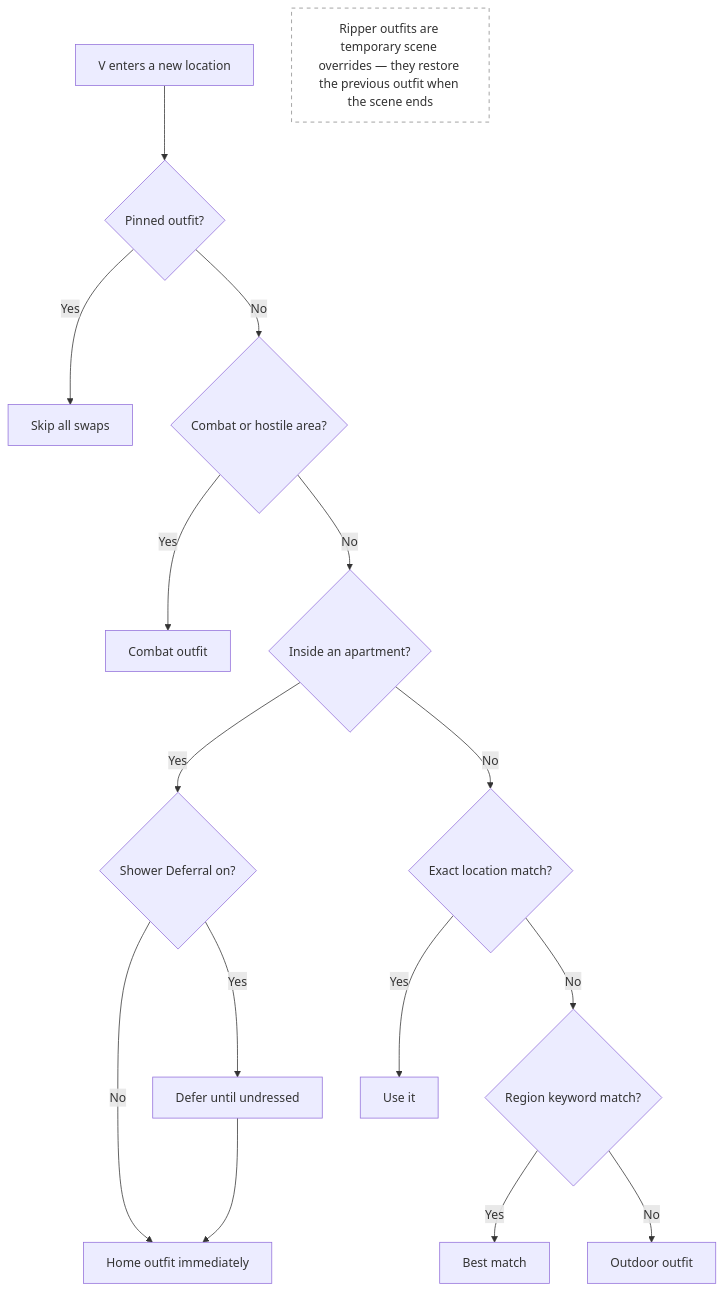
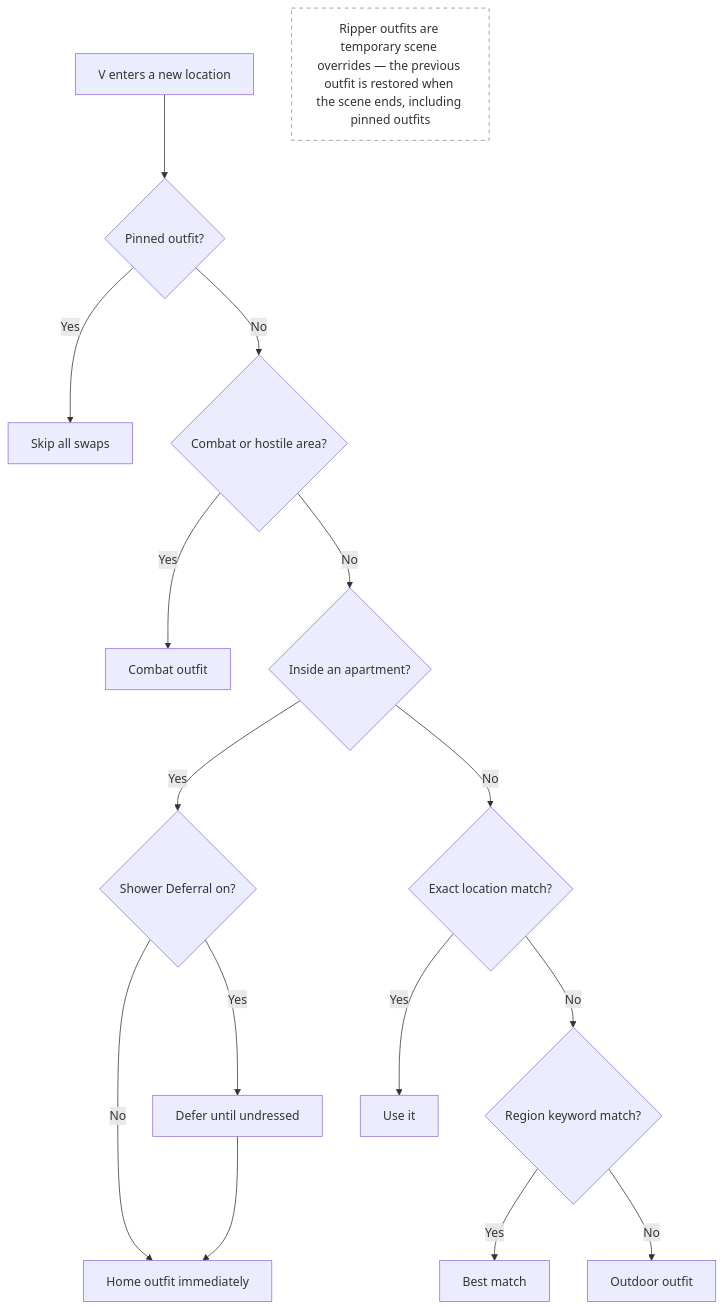
Before and after one commit to Yorivel/Dynamic-Wardrobe: the diagram in docs/priority.md, drawn with Mermaid.

````diff
--- a/docs/priority.md
+++ b/docs/priority.md
@@ -39,20 +39,20 @@
 ```mermaid
 flowchart TD
     A[V enters a new location] --> B{Pinned outfit?}
     B -- Yes --> C[Skip all swaps]
     B -- No --> D{Combat or hostile area?}
     D -- Yes --> E[Combat outfit]
     D -- No --> F{Inside an apartment?}
     F -- Yes --> G{Shower Deferral on?}
     G -- No --> H[Home outfit immediately]
     G -- Yes --> I[Defer until undressed]
     I --> H
     F -- No --> J{Exact location match?}
     J -- Yes --> K[Use it]
     J -- No --> L{Region keyword match?}
     L -- Yes --> M[Best match]
     L -- No --> N[Outdoor outfit]
 
     style O fill:none,stroke:#888,stroke-dasharray: 5 5
-    O["Ripper outfits are temporary scene overrides — they restore the previous outfit when the scene ends"]
+    O["Ripper outfits are temporary scene overrides — the previous outfit is restored when the scene ends, including pinned outfits"]
 ```
````
